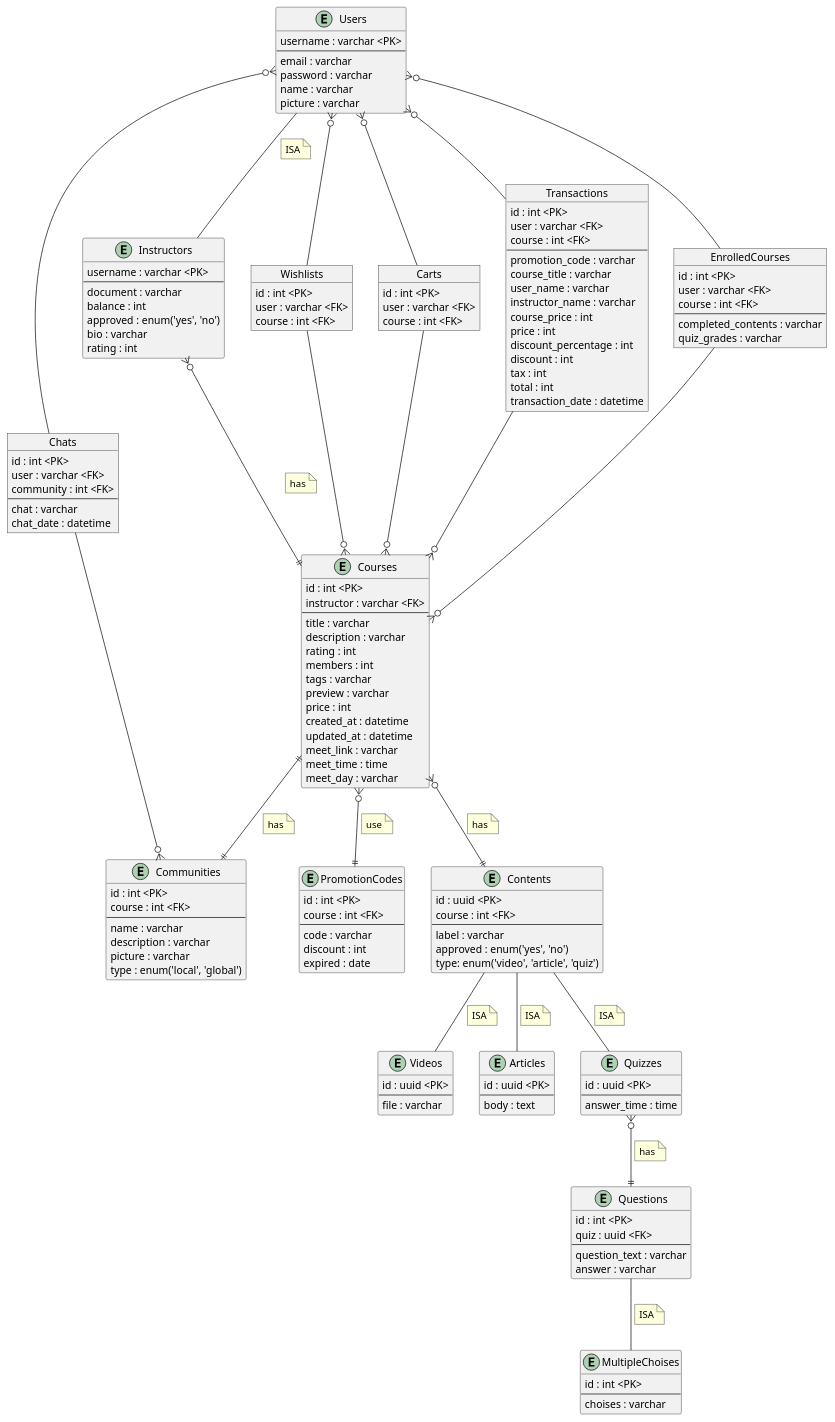
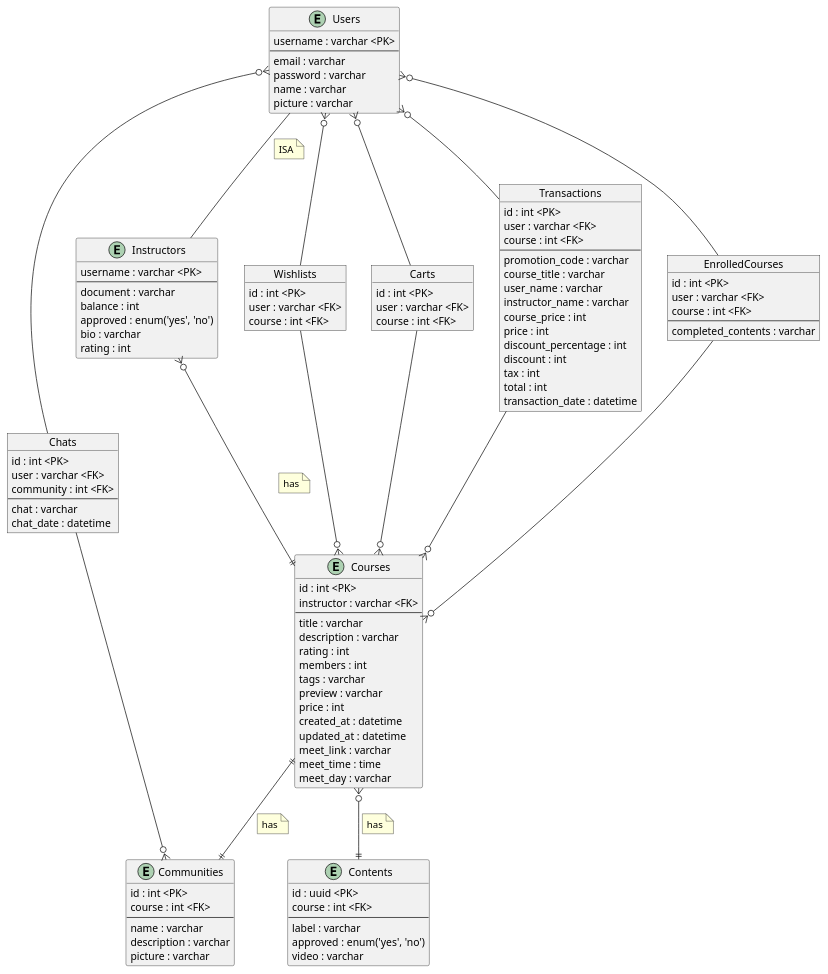
Before and after one commit to iqmalakur/LearNteach: the diagram in docs/diagrams/entity-relationship.puml, drawn with PlantUML. The commit also changed 35 other files, not shown here.

Commit message:
Delete Quiz, Article, Promotion Code

```diff
--- a/docs/diagrams/entity-relationship.puml
+++ b/docs/diagrams/entity-relationship.puml
@@ -15,7 +15,6 @@
     name : varchar
     description : varchar
     picture : varchar
-    type : enum('local', 'global')
 }
 
 object Chats {
@@ -67,15 +66,6 @@
     course : int <FK>
 }
 
-entity PromotionCodes {
-    id : int <PK>
-    course : int <FK>
-    --
-    code : varchar
-    discount : int
-    expired : date
-}
-
 object Transactions {
     id : int <PK>
     user : varchar <FK>
@@ -100,7 +90,6 @@
     course : int <FK>
     --
     completed_contents : varchar
-    quiz_grades : varchar
 }
 
 entity Contents {
@@ -109,39 +98,7 @@
     --
     label : varchar
     approved : enum('yes', 'no')
-    type: enum('video', 'article', 'quiz')
-}
-
-entity Videos {
-    id : uuid <PK>
-    --
-    file : varchar
-}
-
-entity Articles {
-    id : uuid <PK>
-    --
-    body : text
-}
-
-entity Quizzes {
-    id : uuid <PK>
-    --
-    answer_time : time
-}
-
-entity Questions {
-    id : int <PK>
-    quiz : uuid <FK>
-    --
-    question_text : varchar
-    answer : varchar
-}
-
-entity MultipleChoises {
-    id : int <PK>
-    --
-    choises : varchar
+    video : varchar
 }
 
 Users }o-- Wishlists
@@ -161,11 +118,6 @@
     has
 end note
 
-Courses }o--|| PromotionCodes
-note on link
-    use
-end note
-
 Users -- Instructors
 note on link
     ISA
@@ -174,29 +126,6 @@
 Instructors }o--|| Courses
 note on link
     has
-end note
-
-Contents -- Videos
-note on link
-    ISA
-end note
-Contents -- Quizzes
-note on link
-    ISA
-end note
-Contents -- Articles
-note on link
-    ISA
-end note
-
-Quizzes }o--|| Questions
-note on link
-    has
-end note
-
-Questions -- MultipleChoises
-note on link
-    ISA
 end note
 
 Courses ||--|| Communities
```
